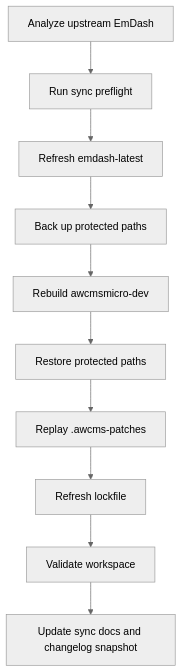
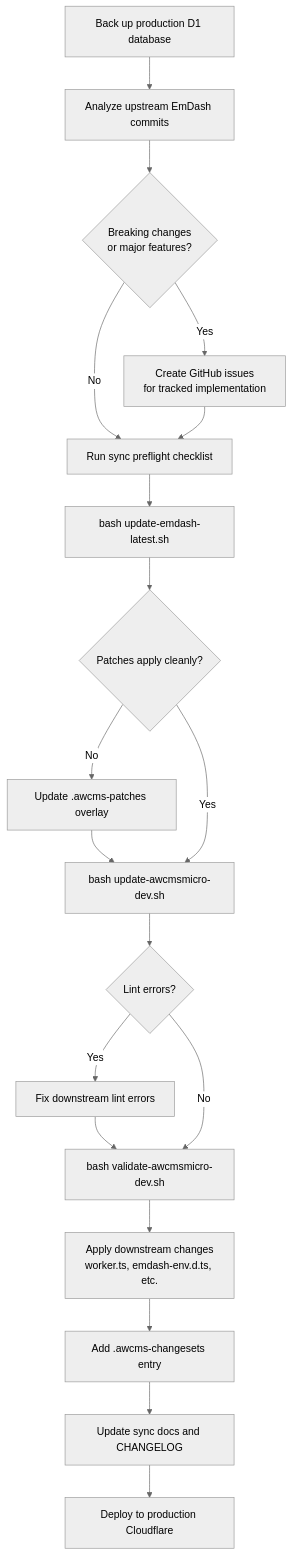
One commit to ahliweb/awcms-micro changed the first of 2 diagrams in docs/synchronization-workflow.md. Above: the diagram before and after it, drawn with Mermaid (neutral theme). The commit also changed 21 other files, not shown here.

First line of the commit message:
feat(templates): adopt EmDash 0.18.0 scheduled publishing + lint fixes

````diff
--- a/docs/synchronization-workflow.md
+++ b/docs/synchronization-workflow.md
@@ -29,12 +29,21 @@
 ```mermaid
 flowchart TD
-  Analyze[Analyze upstream EmDash] --> Preflight[Run sync preflight]
-  Preflight --> Fetch[Refresh emdash-latest]
-  Fetch --> Backup[Back up protected paths]
-  Backup --> Rebuild[Rebuild awcmsmicro-dev]
-  Rebuild --> Restore[Restore protected paths]
-  Restore --> Patches[Replay .awcms-patches]
-  Patches --> Lockfile[Refresh lockfile]
-  Lockfile --> Validate[Validate workspace]
-  Validate --> Snapshot[Update sync docs and changelog snapshot]
+  Backup[Back up production D1 database] --> Analyze[Analyze upstream EmDash commits]
+  Analyze --> Breaking{Breaking changes<br/>or major features?}
+  Breaking -->|Yes| Issues[Create GitHub issues<br/>for tracked implementation]
+  Breaking -->|No| Preflight
+  Issues --> Preflight[Run sync preflight checklist]
+  Preflight --> Fetch[bash update-emdash-latest.sh]
+  Fetch --> PatchFix{Patches apply cleanly?}
+  PatchFix -->|No| UpdatePatch[Update .awcms-patches overlay]
+  UpdatePatch --> Rebuild
+  PatchFix -->|Yes| Rebuild[bash update-awcmsmicro-dev.sh]
+  Rebuild --> LintFix{Lint errors?}
+  LintFix -->|Yes| FixLint[Fix downstream lint errors]
+  FixLint --> Validate
+  LintFix -->|No| Validate[bash validate-awcmsmicro-dev.sh]
+  Validate --> Downstream[Apply downstream changes<br/>worker.ts, emdash-env.d.ts, etc.]
+  Downstream --> Changeset[Add .awcms-changesets entry]
+  Changeset --> Snapshot[Update sync docs and CHANGELOG]
+  Snapshot --> Deploy[Deploy to production Cloudflare]
 ```
````
